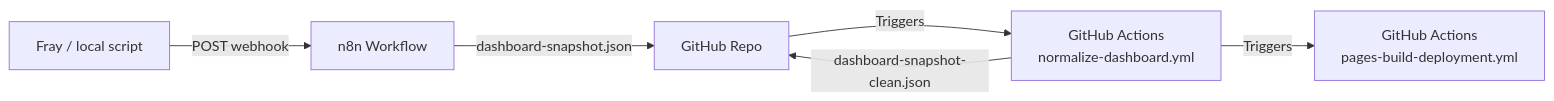
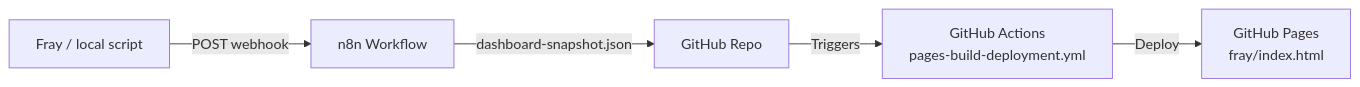
One commit to NTWKKM/ntwkkm.github.io changed the third of 3 diagrams in ARCHITECTURE.md. Above: the diagram before and after it, drawn with Mermaid. The commit also changed other lines of this file and 6 other files, not shown here.

First line of the commit message:
refactor: remove normalize-dashboard pipeline, update fray dashboard to new JSON format

````diff
--- a/ARCHITECTURE.md
+++ b/ARCHITECTURE.md
@@ -311,8 +307,7 @@
 ```mermaid
 graph LR
     FRAY["Fray / local script"] -->|"POST webhook"| N8N["n8n Workflow"]
     N8N -->|"dashboard-snapshot.json"| G["GitHub Repo"]
-    G -->|"Triggers"| NORM["GitHub Actions<br/>normalize-dashboard.yml"]
-    NORM -->|"dashboard-snapshot-clean.json"| G
-    NORM -->|"Triggers"| DEPLOY["GitHub Actions<br/>pages-build-deployment.yml"]
+    G -->|"Triggers"| DEPLOY["GitHub Actions<br/>pages-build-deployment.yml"]
+    DEPLOY -->|"Deploy"| PAGES["GitHub Pages<br/>fray/index.html"]
 ```
````
